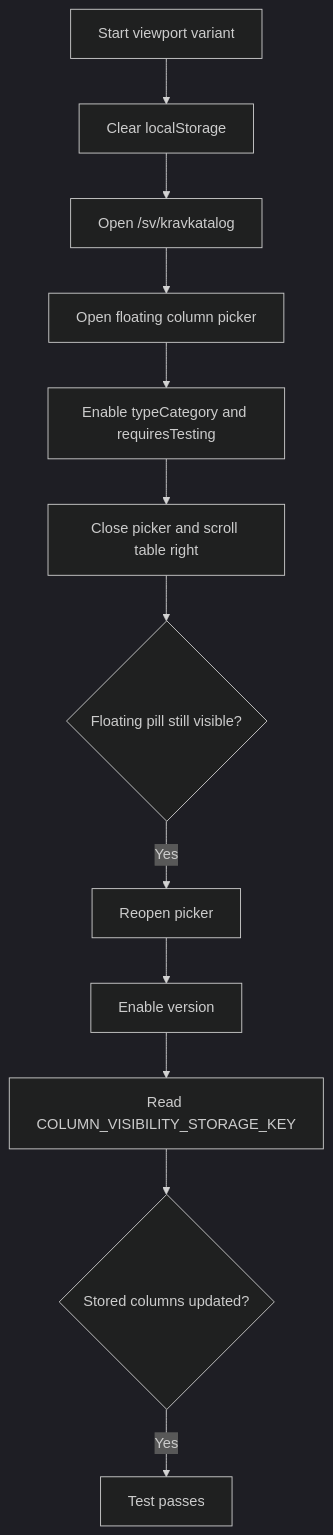
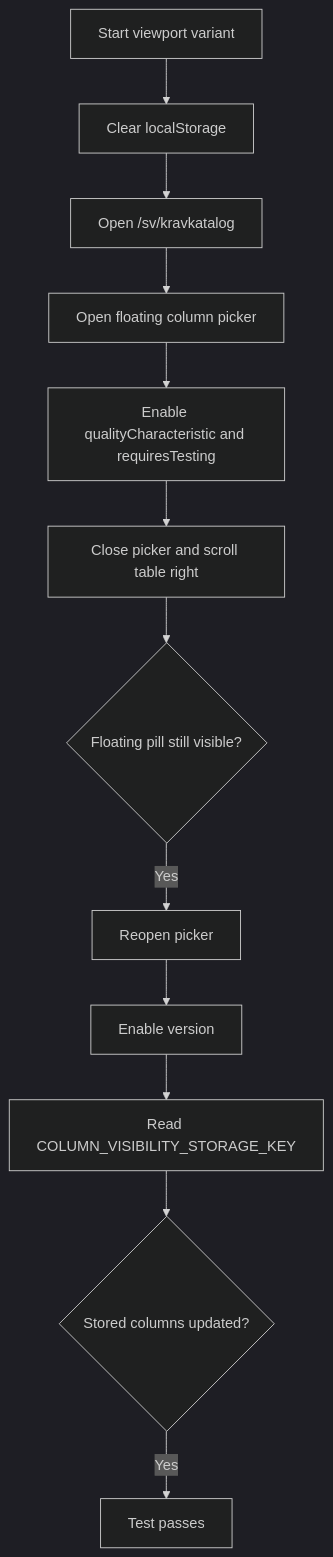
Before and after one commit to viscalyx/Kravhantering: the first of 3 diagrams in tests/integration/requirements-table-column-picker.md, drawn with Mermaid (dark theme). The commit also changed other lines of this file and 49 other files, not shown here.

Commit message:
rename from requirement_type_categories to quality_characteristics

````diff
--- a/tests/integration/requirements-table-column-picker.md
+++ b/tests/integration/requirements-table-column-picker.md
@@ -36,14 +36,14 @@
 ```mermaid
 flowchart TD
     A[Start viewport variant] --> B[Clear localStorage]
     B --> C[Open /sv/kravkatalog]
     C --> D[Open floating column picker]
-    D --> E[Enable typeCategory and requiresTesting]
+    D --> E[Enable qualityCharacteristic and requiresTesting]
     E --> F[Close picker and scroll table right]
     F --> G{Floating pill still visible?}
     G -- Yes --> H[Reopen picker]
     H --> I[Enable version]
     I --> J[Read COLUMN_VISIBILITY_STORAGE_KEY]
     J --> K{Stored columns updated?}
     K -- Yes --> L[Test passes]
 ```
````
